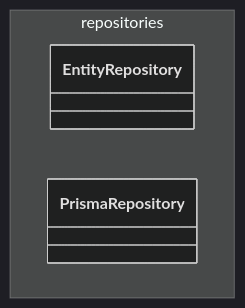
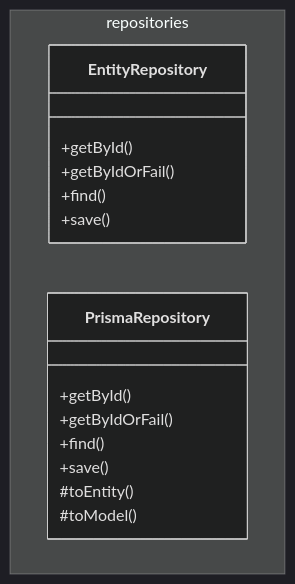
The diagram in packages/core/README.md (pslotinsky/decay-of-magic), drawn with Mermaid (dark theme) before and after one commit. The commit also changed 16 other files, not shown here.

Commit message:
DOD-0004: Add class members to Poe class diagram

````diff
--- a/packages/core/README.md
+++ b/packages/core/README.md
@@ -8,8 +8,19 @@
 ```mermaid
 classDiagram
   namespace repositories {
-    class EntityRepository
-    class PrismaRepository
+    class EntityRepository {
+      +getById()
+      +getByIdOrFail()
+      +find()
+      +save()
+    }
+    class PrismaRepository {
+      +getById()
+      +getByIdOrFail()
+      +find()
+      +save()
+      #toEntity()
+      #toModel()
+    }
   }
-
 ```
````
